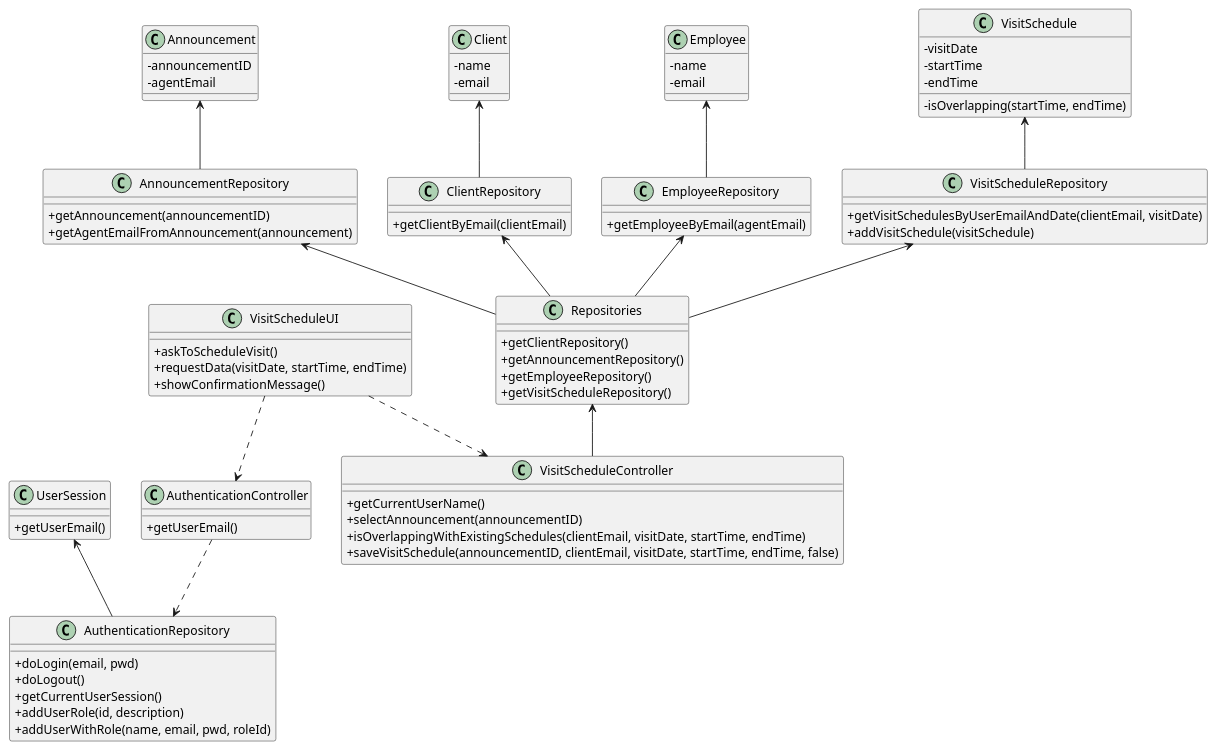
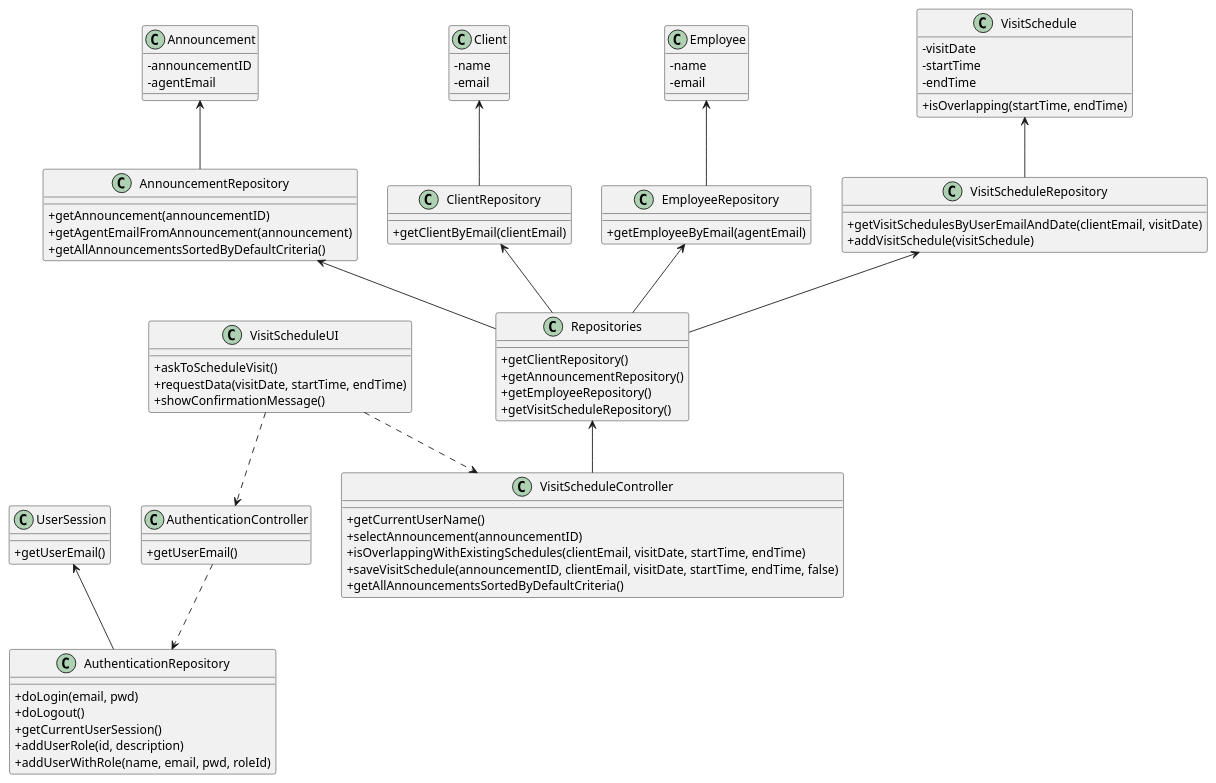
The diagram in docs/sprintC/us009/03.design/puml/us009-class-diagram.puml (Goncalves2525/real-estate-management-system), drawn with PlantUML before and after one commit. The commit also changed 2 other files, not shown here.

Commit message:
Class diagram, SD and SSD update [US009] (now I select to Schedule a Visit and only after that the announcements are listed)

```diff
--- a/docs/sprintC/us009/03.design/puml/us009-class-diagram.puml
+++ b/docs/sprintC/us009/03.design/puml/us009-class-diagram.puml
@@ -1,100 +1,101 @@
 @startuml
 
 skinparam packageStyle rectangle
 skinparam shadowing false
 skinparam linetype polyline
-
 
 skinparam classAttributeIconSize 0
 
 class UserSession {
     +getUserEmail()
 }
 
 class Employee {
     - name
     - email
 }
 
 class Client {
     - name
     - email
 }
 
 class Announcement {
     - announcementID
     - agentEmail
 }
 
 class VisitSchedule {
     - visitDate
     - startTime
     - endTime
-    - isOverlapping(startTime, endTime)
+    +isOverlapping(startTime, endTime)
 }
 
 class AuthenticationRepository {
     +doLogin(email, pwd)
     +doLogout()
     +getCurrentUserSession()
     +addUserRole(id, description)
     +addUserWithRole(name, email, pwd, roleId)
 }
 
 class AuthenticationController {
     +getUserEmail()
 }
 
 class VisitScheduleUI {
     +askToScheduleVisit()
     +requestData(visitDate, startTime, endTime)
     +showConfirmationMessage()
 }
 
 class VisitScheduleController {
     +getCurrentUserName()
     +selectAnnouncement(announcementID)
     +isOverlappingWithExistingSchedules(clientEmail, visitDate, startTime, endTime)
     +saveVisitSchedule(announcementID, clientEmail, visitDate, startTime, endTime, false)
+    +getAllAnnouncementsSortedByDefaultCriteria()
 }
 
 class Repositories {
     +getClientRepository()
     +getAnnouncementRepository()
     +getEmployeeRepository()
     +getVisitScheduleRepository()
 }
 
 class AnnouncementRepository {
     +getAnnouncement(announcementID)
     +getAgentEmailFromAnnouncement(announcement)
+    +getAllAnnouncementsSortedByDefaultCriteria()
 }
 
 class ClientRepository {
     +getClientByEmail(clientEmail)
 }
 
 class EmployeeRepository {
     +getEmployeeByEmail(agentEmail)
 }
 
 class VisitScheduleRepository {
     +getVisitSchedulesByUserEmailAndDate(clientEmail, visitDate)
     +addVisitSchedule(visitSchedule)
 }
 
 UserSession <-- AuthenticationRepository
 AuthenticationController ..> AuthenticationRepository
 VisitScheduleUI ..> AuthenticationController
 VisitScheduleUI ..> VisitScheduleController
 Repositories <-- VisitScheduleController
 ClientRepository <-- Repositories
 AnnouncementRepository <-- Repositories
 EmployeeRepository <-- Repositories
 VisitScheduleRepository <-- Repositories
 Client <-- ClientRepository
 Announcement <-- AnnouncementRepository
 Employee <-- EmployeeRepository
 VisitSchedule <-- VisitScheduleRepository
 
 @enduml
```
